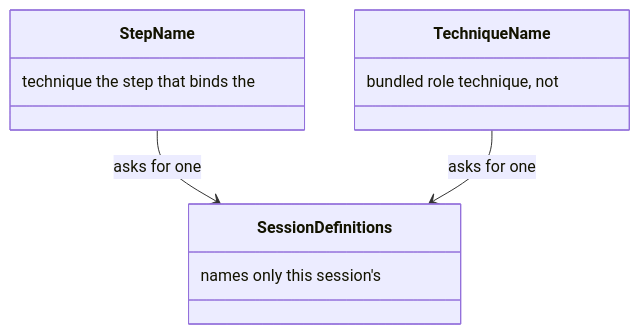
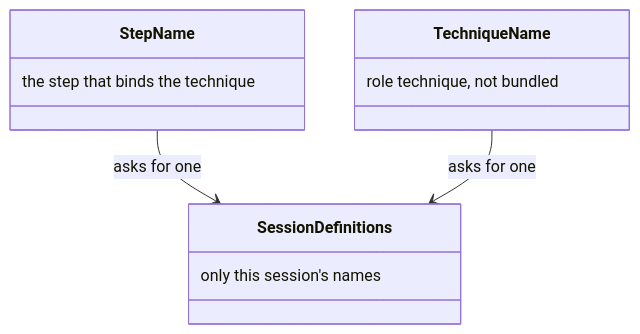
Before and after one commit to m2ux/workflow-server: the tenth of 26 diagrams in docs/delivery.md, drawn with Mermaid. The commit also changed other lines of this file and 10 other files, not shown here.

Commit message:
Write each class-box note in reading order so the diagram shows the phrase as written.

````diff
--- a/docs/delivery.md
+++ b/docs/delivery.md
@@ -210,14 +210,14 @@
 ```mermaid
 classDiagram
   class StepName {
-    technique the step that binds the
+    the step that binds the technique
   }
   class TechniqueName {
-    bundled role technique, not
+    role technique, not bundled
   }
   class SessionDefinitions {
-    names only this session's
+    only this session's names
   }
   StepName --> SessionDefinitions : asks for one
   TechniqueName --> SessionDefinitions : asks for one
 ```
````
